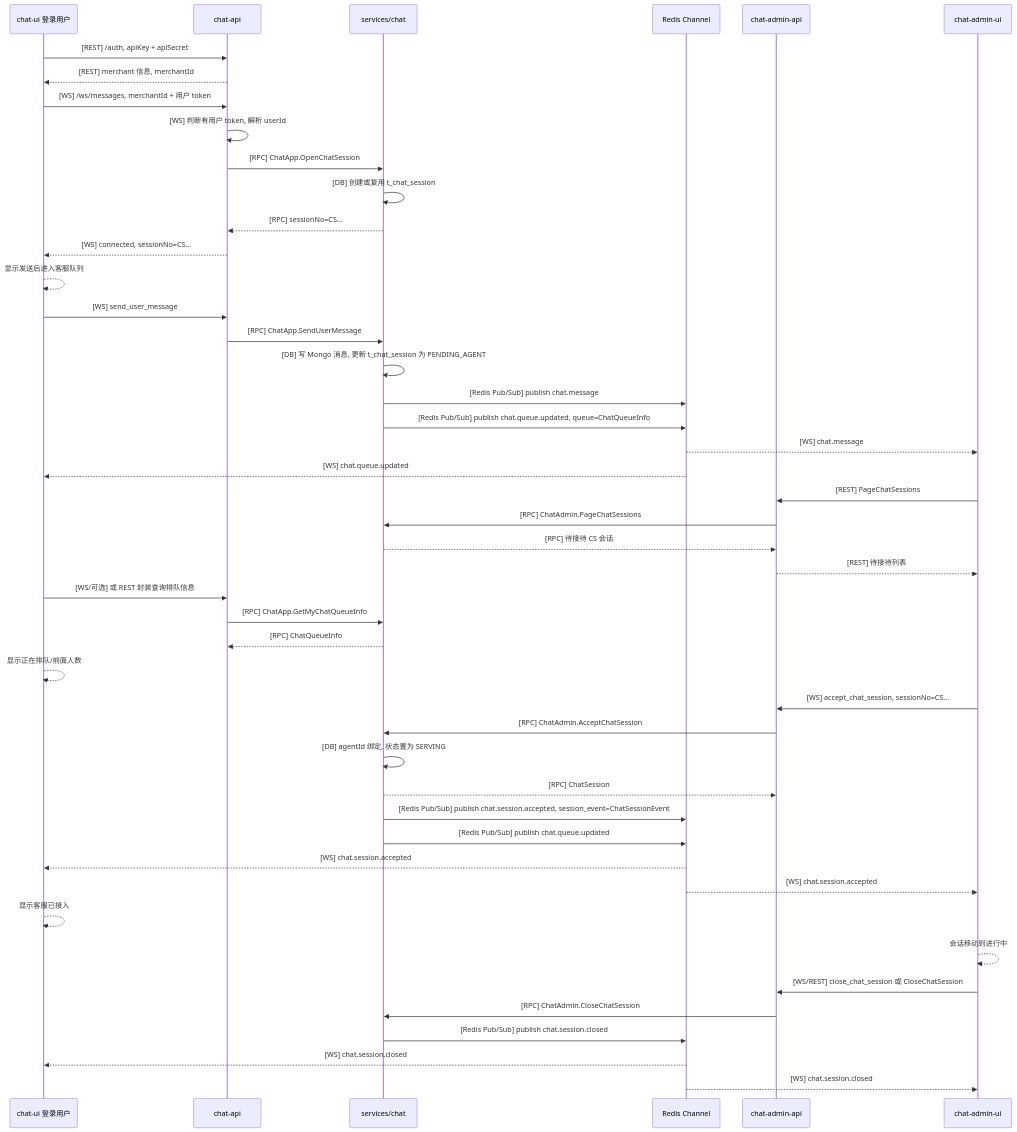
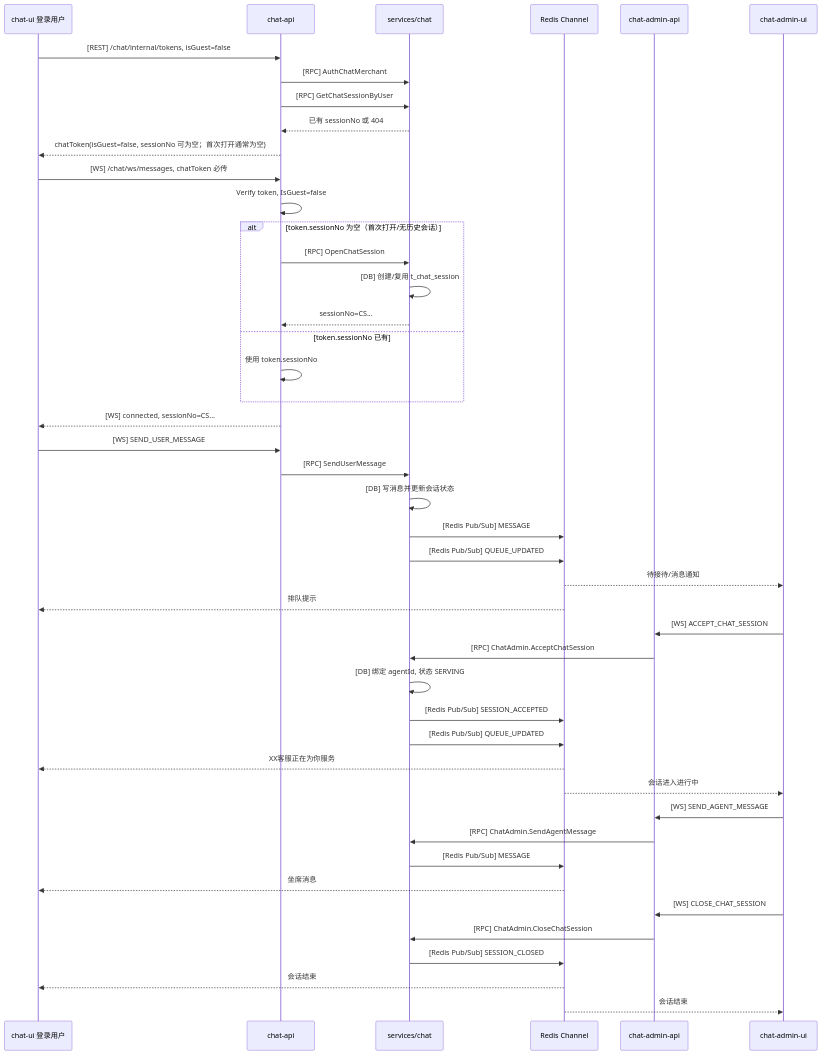
One commit to colbort/wklive changed the third of 4 diagrams in services/chat/CHAT_FLOW.md. Above: the diagram before and after it, drawn with Mermaid. The commit also changed other lines of this file and 4 other files, not shown here.

````diff
--- a/services/chat/CHAT_FLOW.md
+++ b/services/chat/CHAT_FLOW.md
@@ -149,49 +147,48 @@
 ```mermaid
 sequenceDiagram
     participant U as chat-ui 登录用户
     participant CA as chat-api
     participant RPC as services/chat
     participant BUS as Redis Channel
     participant AA as chat-admin-api
     participant AU as chat-admin-ui
 
-    U->>CA: [REST] /auth, apiKey + apiSecret
-    CA-->>U: [REST] merchant 信息, merchantId
-    U->>CA: [WS] /ws/messages, merchantId + 用户 token
-    CA->>CA: [WS] 判断有用户 token, 解析 userId
-    CA->>RPC: [RPC] ChatApp.OpenChatSession
-    RPC->>RPC: [DB] 创建或复用 t_chat_session
-    RPC-->>CA: [RPC] sessionNo=CS...
+    U->>CA: [REST] /chat/internal/tokens, isGuest=false
+    CA->>RPC: [RPC] AuthChatMerchant
+    CA->>RPC: [RPC] GetChatSessionByUser
+    RPC-->>CA: 已有 sessionNo 或 404
+    CA-->>U: chatToken(isGuest=false, sessionNo 可为空；首次打开通常为空)
+    U->>CA: [WS] /chat/ws/messages, chatToken 必传
+    CA->>CA: Verify token, IsGuest=false
+    alt token.sessionNo 为空（首次打开/无历史会话）
+        CA->>RPC: [RPC] OpenChatSession
+        RPC->>RPC: [DB] 创建/复用 t_chat_session
+        RPC-->>CA: sessionNo=CS...
+    else token.sessionNo 已有
+        CA->>CA: 使用 token.sessionNo
+    end
     CA-->>U: [WS] connected, sessionNo=CS...
-    U-->>U: 显示发送后进入客服队列
-    U->>CA: [WS] send_user_message
-    CA->>RPC: [RPC] ChatApp.SendUserMessage
-    RPC->>RPC: [DB] 写 Mongo 消息, 更新 t_chat_session 为 PENDING_AGENT
-    RPC->>BUS: [Redis Pub/Sub] publish chat.message
-    RPC->>BUS: [Redis Pub/Sub] publish chat.queue.updated, queue=ChatQueueInfo
-    BUS-->>AU: [WS] chat.message
-    BUS-->>U: [WS] chat.queue.updated
-    AU->>AA: [REST] PageChatSessions
-    AA->>RPC: [RPC] ChatAdmin.PageChatSessions
-    RPC-->>AA: [RPC] 待接待 CS 会话
-    AA-->>AU: [REST] 待接待列表
-    U->>CA: [WS/可选] 或 REST 封装查询排队信息
-    CA->>RPC: [RPC] ChatApp.GetMyChatQueueInfo
-    RPC-->>CA: [RPC] ChatQueueInfo
-    U-->>U: 显示正在排队/前面人数
-    AU->>AA: [WS] accept_chat_session, sessionNo=CS...
+    U->>CA: [WS] SEND_USER_MESSAGE
+    CA->>RPC: [RPC] SendUserMessage
+    RPC->>RPC: [DB] 写消息并更新会话状态
+    RPC->>BUS: [Redis Pub/Sub] MESSAGE
+    RPC->>BUS: [Redis Pub/Sub] QUEUE_UPDATED
+    BUS-->>AU: 待接待/消息通知
+    BUS-->>U: 排队提示
+    AU->>AA: [WS] ACCEPT_CHAT_SESSION
     AA->>RPC: [RPC] ChatAdmin.AcceptChatSession
-    RPC->>RPC: [DB] agentId 绑定, 状态置为 SERVING
-    RPC-->>AA: [RPC] ChatSession
-    RPC->>BUS: [Redis Pub/Sub] publish chat.session.accepted, session_event=ChatSessionEvent
-    RPC->>BUS: [Redis Pub/Sub] publish chat.queue.updated
-    BUS-->>U: [WS] chat.session.accepted
-    BUS-->>AU: [WS] chat.session.accepted
-    U-->>U: 显示客服已接入
-    AU-->>AU: 会话移动到进行中
-    AU->>AA: [WS/REST] close_chat_session 或 CloseChatSession
+    RPC->>RPC: [DB] 绑定 agentId, 状态 SERVING
+    RPC->>BUS: [Redis Pub/Sub] SESSION_ACCEPTED
+    RPC->>BUS: [Redis Pub/Sub] QUEUE_UPDATED
+    BUS-->>U: XX客服正在为你服务
+    BUS-->>AU: 会话进入进行中
+    AU->>AA: [WS] SEND_AGENT_MESSAGE
+    AA->>RPC: [RPC] ChatAdmin.SendAgentMessage
+    RPC->>BUS: [Redis Pub/Sub] MESSAGE
+    BUS-->>U: 坐席消息
+    AU->>AA: [WS] CLOSE_CHAT_SESSION
     AA->>RPC: [RPC] ChatAdmin.CloseChatSession
-    RPC->>BUS: [Redis Pub/Sub] publish chat.session.closed
-    BUS-->>U: [WS] chat.session.closed
-    BUS-->>AU: [WS] chat.session.closed
+    RPC->>BUS: [Redis Pub/Sub] SESSION_CLOSED
+    BUS-->>U: 会话结束
+    BUS-->>AU: 会话结束
 ```
````
